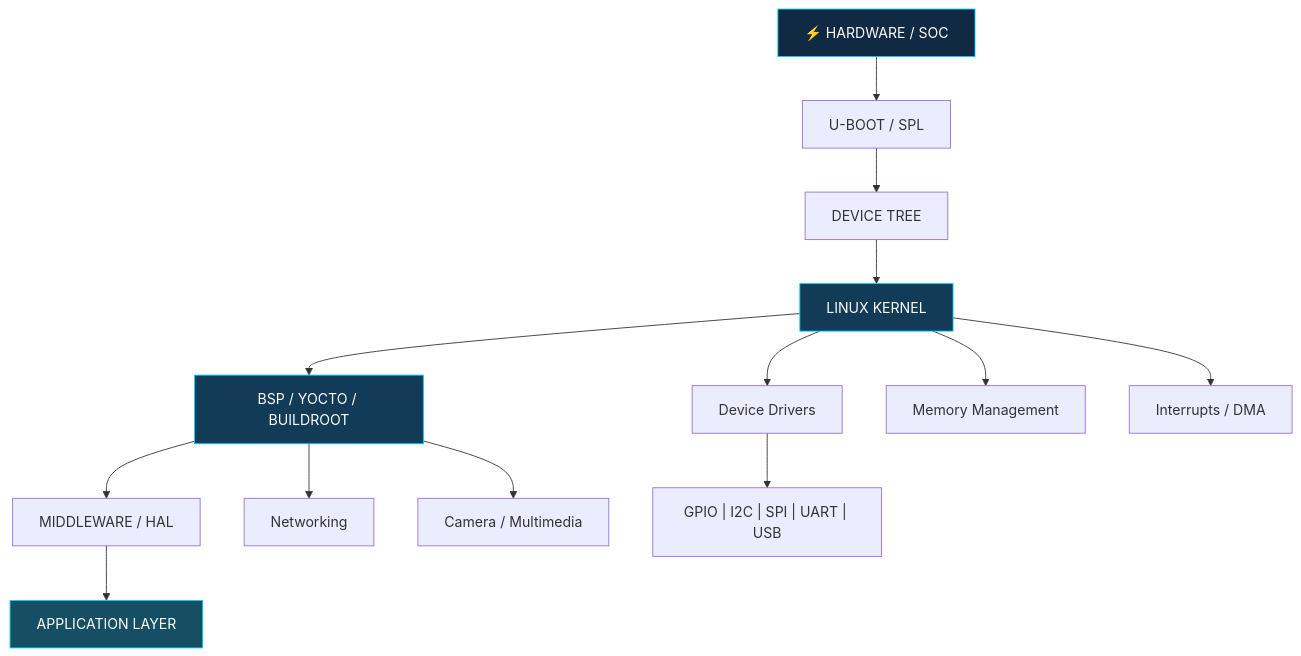
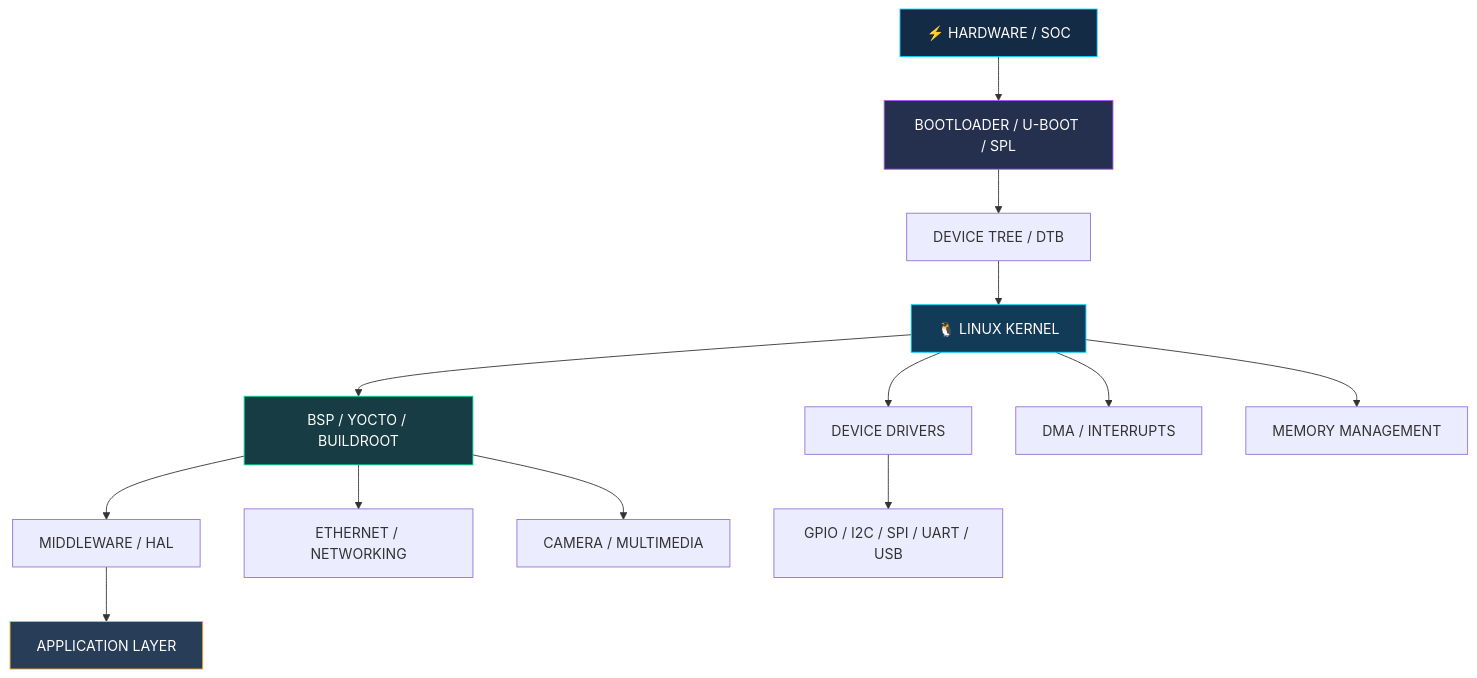
Before and after one commit to jsramesh1990/jsramesh1990: the diagram in README.md, drawn with Mermaid. The commit also changed other lines of this file, not shown here.

````diff
--- a/README.md
+++ b/README.md
@@ -115,25 +172,26 @@
 ```mermaid
 flowchart TB
     A["⚡ HARDWARE / SOC"]
-    B["U-BOOT / SPL"]
-    C["DEVICE TREE"]
-    D["LINUX KERNEL"]
+    B["BOOTLOADER / U-BOOT / SPL"]
+    C["DEVICE TREE / DTB"]
+    D["🐧 LINUX KERNEL"]
     E["BSP / YOCTO / BUILDROOT"]
     F["MIDDLEWARE / HAL"]
     G["APPLICATION LAYER"]
 
     A --> B --> C --> D --> E --> F --> G
 
-    D --> H["Device Drivers"]
-    D --> I["Memory Management"]
-    D --> J["Interrupts / DMA"]
+    D --> H["DEVICE DRIVERS"]
+    D --> I["DMA / INTERRUPTS"]
+    D --> J["MEMORY MANAGEMENT"]
 
-    H --> K["GPIO | I2C | SPI | UART | USB"]
-    E --> L["Networking"]
-    E --> M["Camera / Multimedia"]
+    H --> K["GPIO / I2C / SPI / UART / USB"]
+    E --> L["ETHERNET / NETWORKING"]
+    E --> M["CAMERA / MULTIMEDIA"]
 
-    style A fill:#102A43,stroke:#00D4FF,color:#fff
+    style A fill:#142B45,stroke:#00D4FF,color:#fff
+    style B fill:#25304F,stroke:#A855F7,color:#fff
     style D fill:#123B58,stroke:#00D4FF,color:#fff
-    style E fill:#123B58,stroke:#00D4FF,color:#fff
-    style G fill:#164E63,stroke:#00D4FF,color:#fff
+    style E fill:#173C43,stroke:#00E599,color:#fff
+    style G fill:#283D58,stroke:#FFB020,color:#fff
 ```
````
